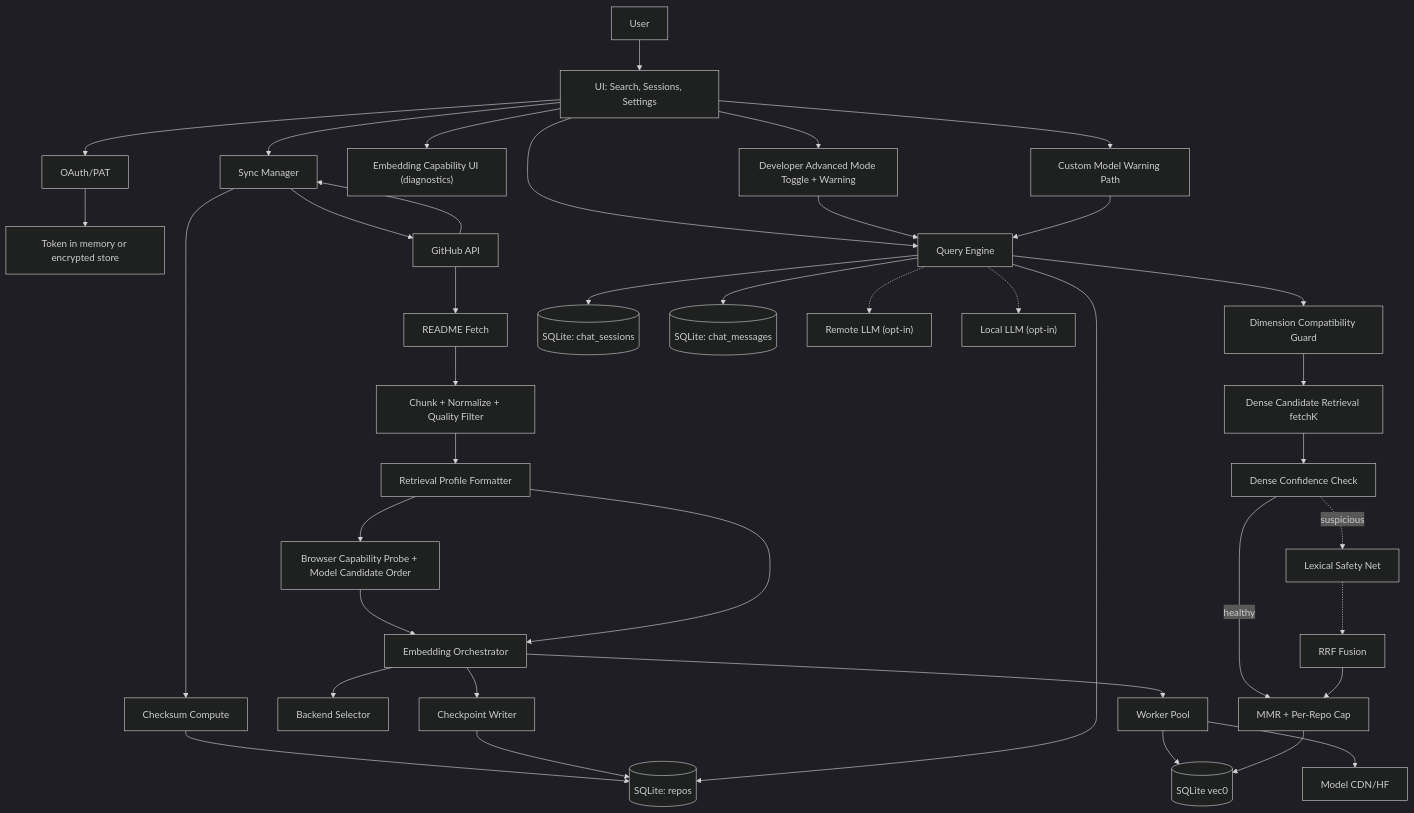
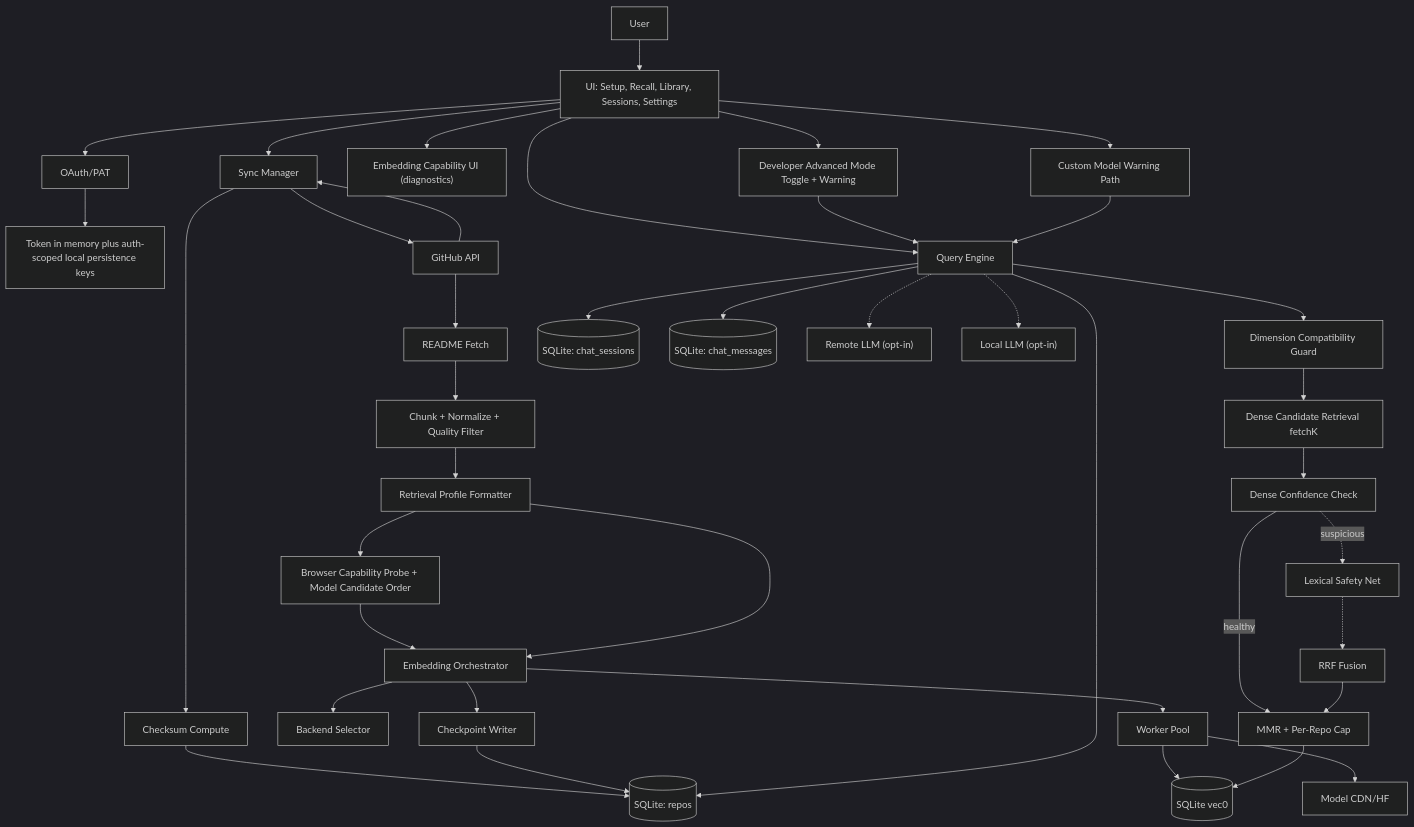
The second of 2 diagrams in docs/dfd-diagrams.md (Abhinandan-Khurana/GitStarRecall), drawn with Mermaid (dark theme) before and after one commit. The commit also changed other lines of this file and 9 other files, not shown here.

````diff
--- a/docs/dfd-diagrams.md
+++ b/docs/dfd-diagrams.md
@@ -86,47 +88,47 @@
 ```mermaid
 flowchart TD
-  User[User] --> UI2[UI: Search, Sessions, Settings]
+  User[User] --> UI2[UI: Setup, Recall, Library, Sessions, Settings]
 
   UI2 --> Auth2[OAuth/PAT]
-  Auth2 --> Token[Token in memory or encrypted store]
+  Auth2 --> Token[Token in memory plus auth-scoped local persistence keys]
 
   UI2 --> Sync2[Sync Manager]
   UI2 --> CapUI["Embedding Capability UI (diagnostics)"]
   Sync2 --> GH2[GitHub API]
   GH2 --> Sync2
   Sync2 --> Checksum[Checksum Compute]
   Checksum --> RepoStore[(SQLite: repos)]
   GH2 --> Readme[README Fetch]
   Readme --> Chunker["Chunk + Normalize + Quality Filter"]
   Chunker --> ProfileFmt["Retrieval Profile Formatter"]
   ProfileFmt --> CapProbe2["Browser Capability Probe + Model Candidate Order"]
   CapProbe2 --> Orchestrator2
   ProfileFmt --> Orchestrator2
   Orchestrator2[Embedding Orchestrator]
   Orchestrator2 --> Selector2[Backend Selector]
   Orchestrator2 --> Pool2[Worker Pool]
   Pool2 --> VecStore[(SQLite vec0)]
   Orchestrator2 --> Checkpoint2[Checkpoint Writer]
   Checkpoint2 --> RepoStore
   Pool2 --> ModelCDN2["Model CDN/HF"]
 
   UI2 --> Query2[Query Engine]
   Query2 --> Guard["Dimension Compatibility Guard"]
   Guard --> Dense2["Dense Candidate Retrieval fetchK"]
   Dense2 --> Confidence2["Dense Confidence Check"]
   Confidence2 -->|healthy| Rerank2["MMR + Per-Repo Cap"]
   Confidence2 -.->|suspicious| Lex2["Lexical Safety Net"]
   Lex2 -.-> Fuse2["RRF Fusion"]
   Fuse2 --> Rerank2
   Rerank2 --> VecStore
   Query2 --> RepoStore
   Query2 --> SessionStore[(SQLite: chat_sessions)]
   Query2 --> MessageStore[(SQLite: chat_messages)]
   UI2 --> CustomWarn["Custom Model Warning Path"]
   UI2 --> SudoToggle["Developer Advanced Mode Toggle + Warning"]
   SudoToggle --> Query2
   CustomWarn --> Query2
 
   Query2 -.-> RemoteLLM["Remote LLM (opt-in)"]
   Query2 -.-> LocalLLM2["Local LLM (opt-in)"]
 ```
````
